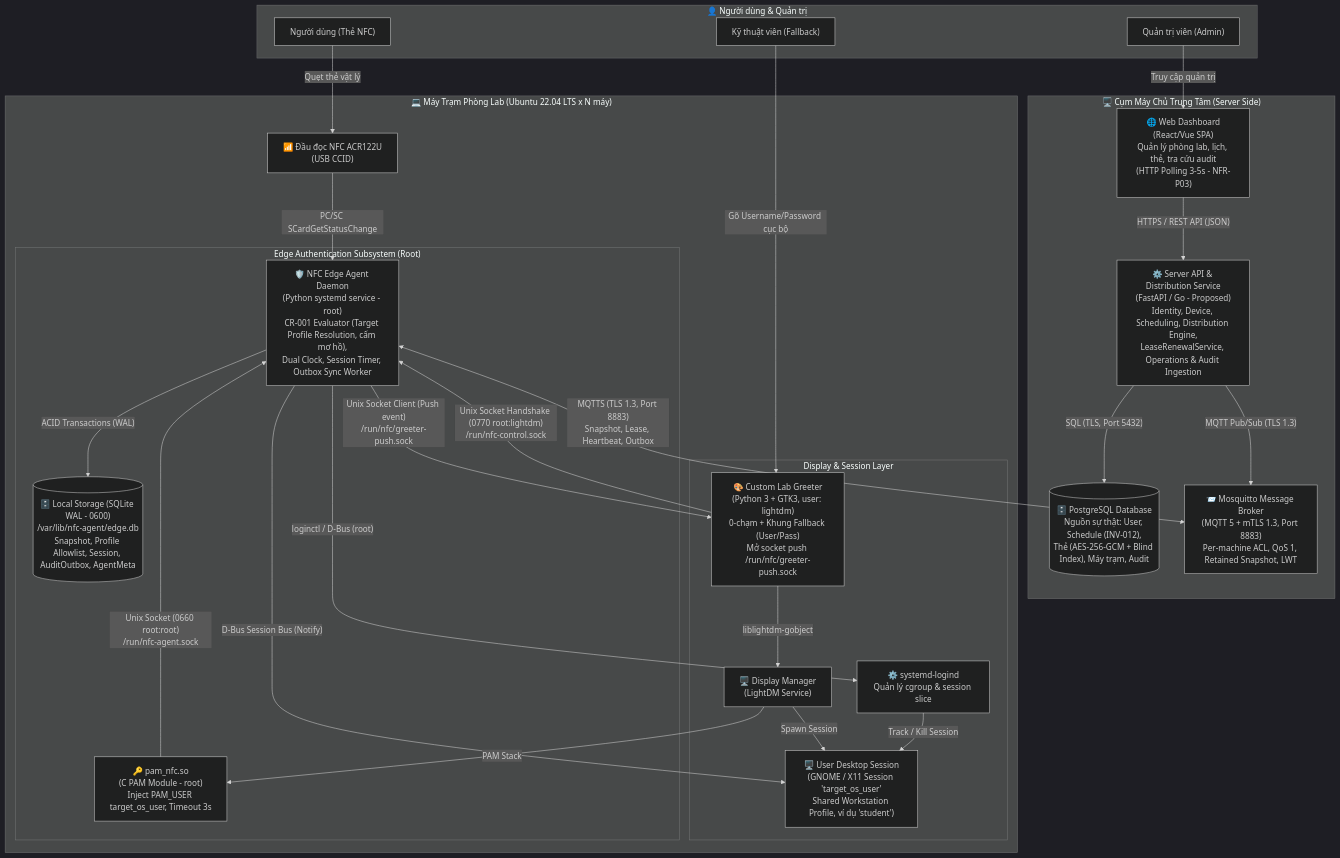
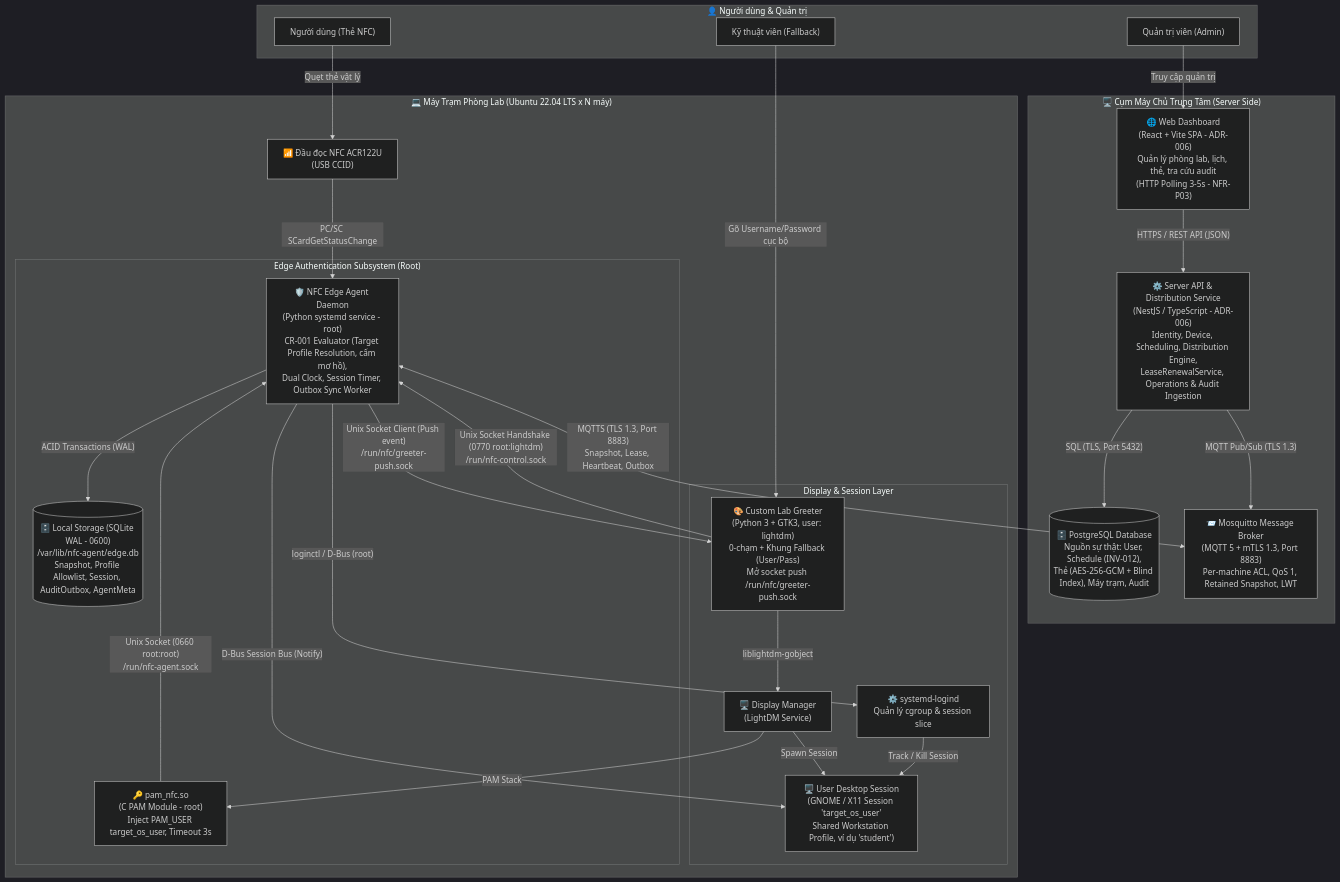
One commit to binhtoong21/linux-access-control changed the diagram in design/docs/06-architecture/containers.md. Above: the diagram before and after it, drawn with Mermaid (dark theme). The commit also changed other lines of this file and 15 other files, not shown here.

````diff
--- a/design/docs/06-architecture/containers.md
+++ b/design/docs/06-architecture/containers.md
@@ -12,53 +12,53 @@
 ```mermaid
 flowchart TB
     subgraph USERS["👤 Người dùng & Quản trị"]
         Student["Người dùng (Thẻ NFC)"]
         AdminUser["Quản trị viên (Admin)"]
         TechUser["Kỹ thuật viên (Fallback)"]
     end
 
     subgraph SERVER["🖥️ Cụm Máy Chủ Trung Tâm (Server Side)"]
-        Dashboard["🌐 Web Dashboard\n(React/Vue SPA)\nQuản lý phòng lab, lịch, thẻ, tra cứu audit\n(HTTP Polling 3-5s - NFR-P03)"]
-        APIService["⚙️ Server API & Distribution Service\n(FastAPI / Go - Proposed)\nIdentity, Device, Scheduling, Distribution Engine,\nLeaseRenewalService, Operations & Audit Ingestion"]
+        Dashboard["🌐 Web Dashboard\n(React + Vite SPA - ADR-006)\nQuản lý phòng lab, lịch, thẻ, tra cứu audit\n(HTTP Polling 3-5s - NFR-P03)"]
+        APIService["⚙️ Server API & Distribution Service\n(NestJS / TypeScript - ADR-006)\nIdentity, Device, Scheduling, Distribution Engine,\nLeaseRenewalService, Operations & Audit Ingestion"]
         ServerDB[("🗄️ PostgreSQL Database\nNguồn sự thật: User, Schedule (INV-012),\nThẻ (AES-256-GCM + Blind Index), Máy trạm, Audit")]
         MQTTBroker["📨 Mosquitto Message Broker\n(MQTT 5 + mTLS 1.3, Port 8883)\nPer-machine ACL, QoS 1, Retained Snapshot, LWT"]
         
         Dashboard -->|"HTTPS / REST API (JSON)"| APIService
         APIService -->|"SQL (TLS, Port 5432)"| ServerDB
         APIService -->|"MQTT Pub/Sub (TLS 1.3)"| MQTTBroker
     end
 
     subgraph WORKSTATION["💻 Máy Trạm Phòng Lab (Ubuntu 22.04 LTS x N máy)"]
         NFCReader["📶 Đầu đọc NFC ACR122U\n(USB CCID)"]
         
         subgraph OS_LAYER["Display & Session Layer"]
             LightDM["🖥️ Display Manager\n(LightDM Service)"]
             Greeter["🎨 Custom Lab Greeter\n(Python 3 + GTK3, user: lightdm)\n0-chạm + Khung Fallback (User/Pass)\nMở socket push /run/nfc/greeter-push.sock"]
             UserDesktop["🖥️ User Desktop Session\n(GNOME / X11 Session 'target_os_user'\nShared Workstation Profile, ví dụ 'student')"]
             SystemdLogind["⚙️ systemd-logind\nQuản lý cgroup & session slice"]
         end
 
         subgraph AGENT_LAYER["Edge Authentication Subsystem (Root)"]
             AgentDaemon["🛡️ NFC Edge Agent Daemon\n(Python systemd service - root)\nCR-001 Evaluator (Target Profile Resolution, cấm mơ hồ),\nDual Clock, Session Timer, Outbox Sync Worker"]
             PAMModule["🔑 pam_nfc.so\n(C PAM Module - root)\nInject PAM_USER target_os_user, Timeout 3s"]
             LocalDB[("🗄️ Local Storage (SQLite WAL - 0600)\n/var/lib/nfc-agent/edge.db\nSnapshot, Profile Allowlist, Session, AuditOutbox, AgentMeta")]
         end
 
         NFCReader -->|"PC/SC SCardGetStatusChange"| AgentDaemon
         LightDM -->|"PAM Stack"| PAMModule
         PAMModule -->|"Unix Socket (0660 root:root)\n/run/nfc-agent.sock"| AgentDaemon
         AgentDaemon -->|"Unix Socket Client (Push event)\n/run/nfc/greeter-push.sock"| Greeter
         Greeter -->|"Unix Socket Handshake (0770 root:lightdm)\n/run/nfc-control.sock"| AgentDaemon
         Greeter -->|"liblightdm-gobject"| LightDM
         AgentDaemon -->|"ACID Transactions (WAL)"| LocalDB
         AgentDaemon -->|"loginctl / D-Bus (root)"| SystemdLogind
         AgentDaemon -->|"D-Bus Session Bus (Notify)"| UserDesktop
         LightDM -->|"Spawn Session"| UserDesktop
         SystemdLogind -->|"Track / Kill Session"| UserDesktop
     end
 
     Student -->|"Quẹt thẻ vật lý"| NFCReader
     AdminUser -->|"Truy cập quản trị"| Dashboard
     TechUser -->|"Gõ Username/Password cục bộ"| Greeter
     AgentDaemon <-->|"MQTTS (TLS 1.3, Port 8883)\nSnapshot, Lease, Heartbeat, Outbox"| MQTTBroker
 ```
````
